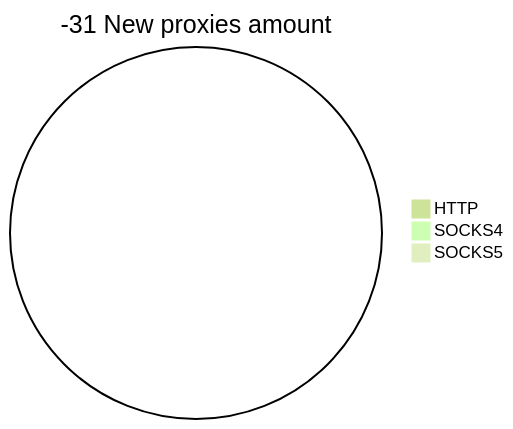
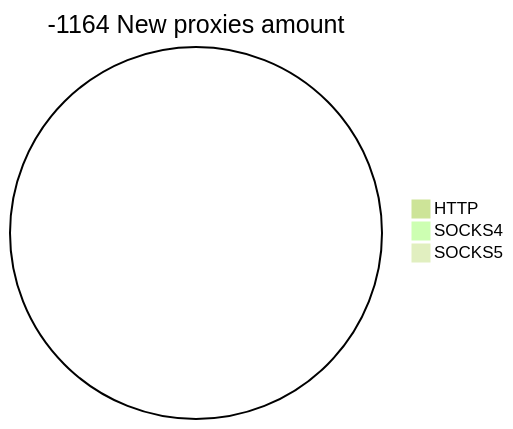
Before and after one commit to cutipu/proxylist: the second of 2 diagrams in README.md, drawn with Mermaid (forest theme). The commit also changed other lines of this file, not shown here.

````diff
--- a/README.md
+++ b/README.md
@@ -10,6 +10,6 @@
 ```mermaid
-pie title -31 New proxies amount
+pie title -1164 New proxies amount
     "HTTP" : 0
     "SOCKS4" : 0
     "SOCKS5" : 0
 ```
````
